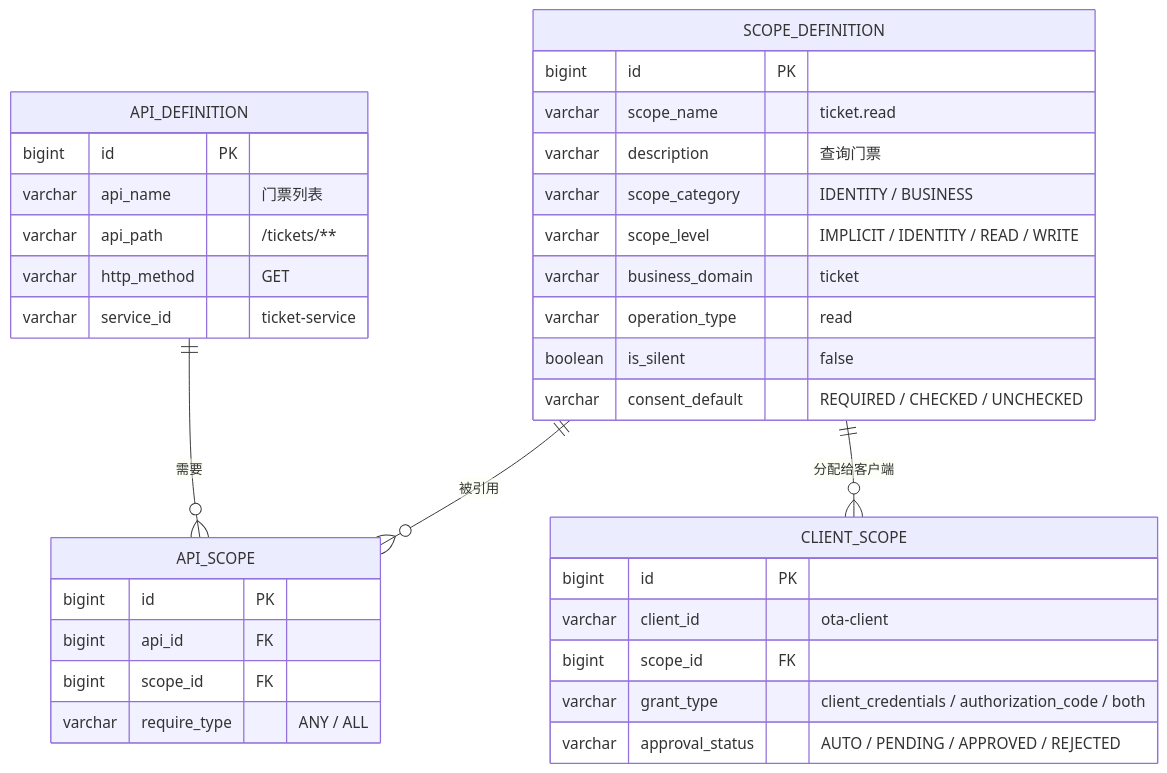
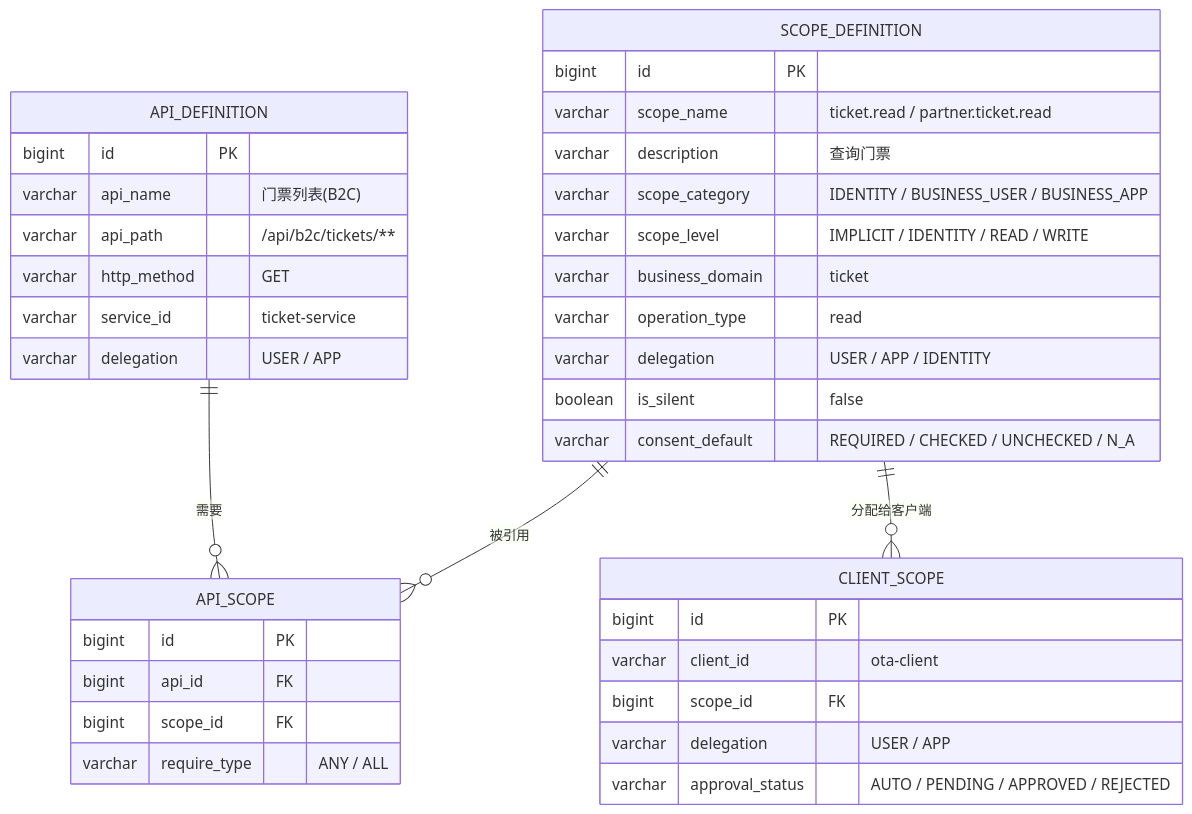
Before and after one commit to codingoer/spring-authorization-server: the sixth of 10 diagrams in samples/scope-plan.md, drawn with Mermaid. The commit also changed other lines of this file and 1 other file, not shown here.

Commit message:
scope plan

````diff
--- a/samples/scope-plan.md
+++ b/samples/scope-plan.md
@@ -422,41 +484,43 @@
 ```mermaid
 erDiagram
     SCOPE_DEFINITION ||--o{ API_SCOPE : "被引用"
     SCOPE_DEFINITION ||--o{ CLIENT_SCOPE : "分配给客户端"
 
     SCOPE_DEFINITION {
         bigint id PK
-        varchar scope_name "ticket.read"
+        varchar scope_name "ticket.read / partner.ticket.read"
         varchar description "查询门票"
-        varchar scope_category "IDENTITY / BUSINESS"
+        varchar scope_category "IDENTITY / BUSINESS_USER / BUSINESS_APP"
         varchar scope_level "IMPLICIT / IDENTITY / READ / WRITE"
         varchar business_domain "ticket"
         varchar operation_type "read"
+        varchar delegation "USER / APP / IDENTITY"
         boolean is_silent "false"
-        varchar consent_default "REQUIRED / CHECKED / UNCHECKED"
+        varchar consent_default "REQUIRED / CHECKED / UNCHECKED / N_A"
     }
 
     API_DEFINITION ||--o{ API_SCOPE : "需要"
     API_DEFINITION {
         bigint id PK
-        varchar api_name "门票列表"
-        varchar api_path "/tickets/**"
+        varchar api_name "门票列表(B2C)"
+        varchar api_path "/api/b2c/tickets/**"
         varchar http_method "GET"
         varchar service_id "ticket-service"
+        varchar delegation "USER / APP"
     }
 
     API_SCOPE {
         bigint id PK
         bigint api_id FK
         bigint scope_id FK
         varchar require_type "ANY / ALL"
     }
 
     CLIENT_SCOPE {
         bigint id PK
         varchar client_id "ota-client"
         bigint scope_id FK
-        varchar grant_type "client_credentials / authorization_code / both"
+        varchar delegation "USER / APP"
         varchar approval_status "AUTO / PENDING / APPROVED / REJECTED"
     }
 ```
````
